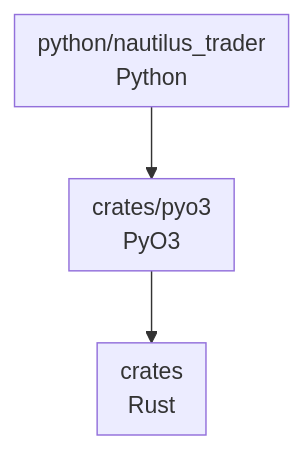
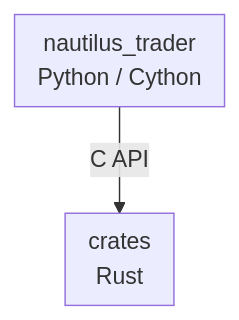
One commit to sbOogway/nautilus_trader changed the fifth of 6 diagrams in docs/concepts/architecture.md. Above: the diagram before and after it, drawn with Mermaid. The commit also changed other lines of this file and 3160 other files, not shown here.

````diff
--- a/docs/concepts/architecture.md
+++ b/docs/concepts/architecture.md
@@ -566,14 +565,10 @@
 ```mermaid
 flowchart TB
-    subgraph trader["python/nautilus_trader<br/>Python"]
-    end
-
-    subgraph bindings["crates/pyo3<br/>PyO3"]
+    subgraph trader["nautilus_trader<br/>Python / Cython"]
     end
 
     subgraph core["crates<br/>Rust"]
     end
 
-    trader --> bindings
-    bindings --> core
+    trader -->|"C API"| core
 ```
````
